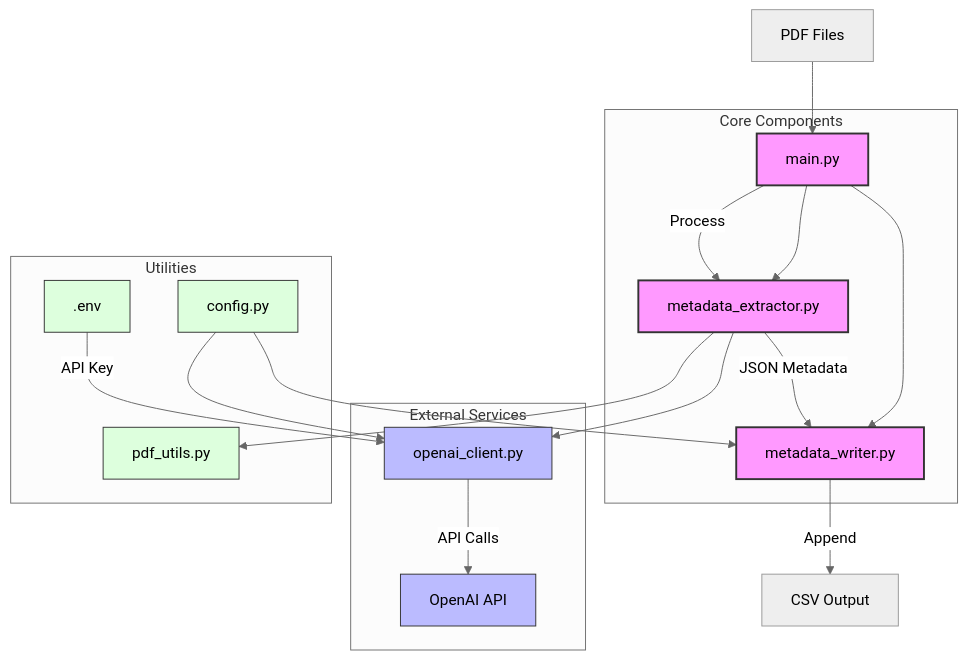
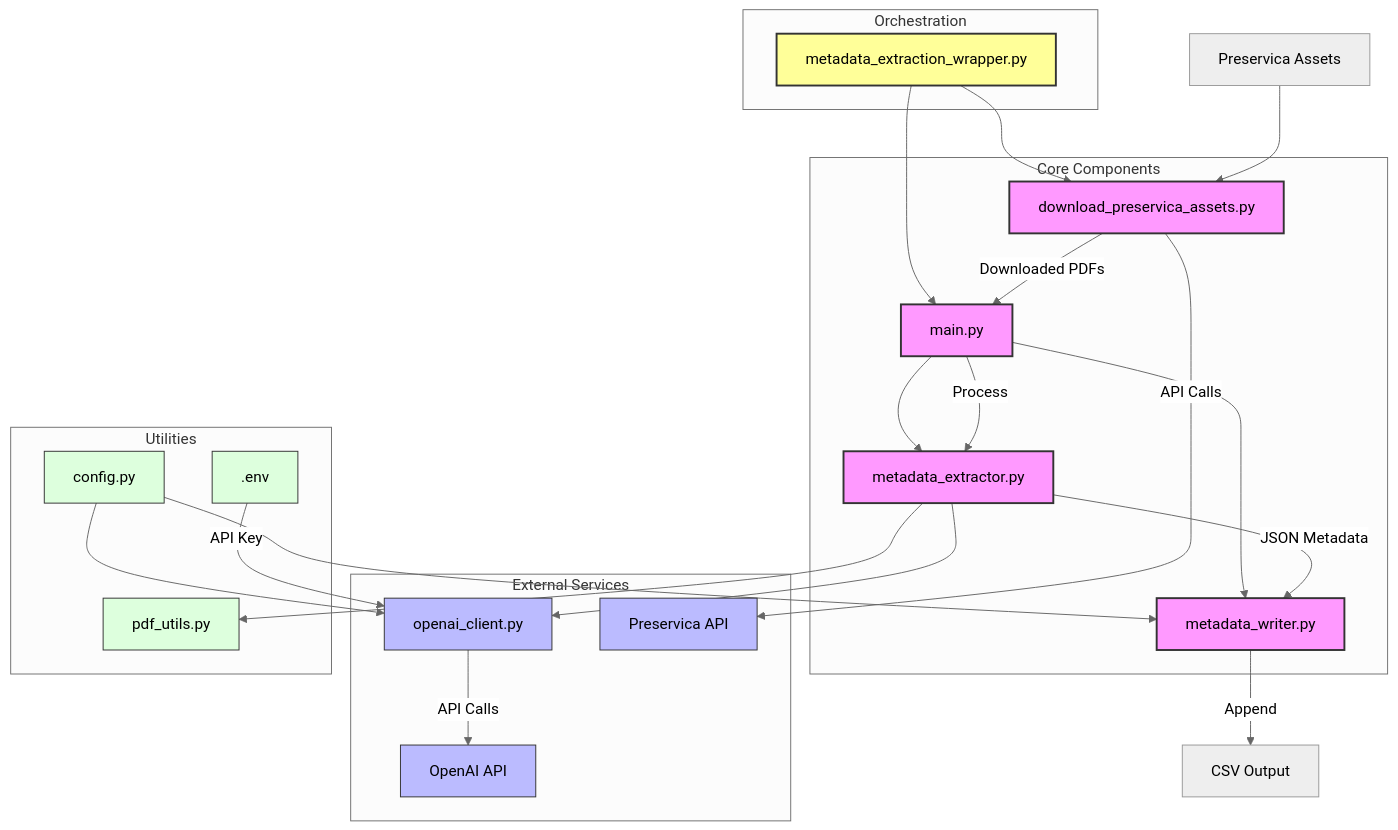
Before and after one commit to icaew-digital-archive/metadata-extraction: the diagram in README.md, drawn with Mermaid (neutral theme). The commit also changed other lines of this file, not shown here.

````diff
--- a/README.md
+++ b/README.md
@@ -7,51 +7,63 @@
 ```mermaid
 graph TD
     %% Main Components
-    Main[main.py] --> Extractor[metadata_extractor.py]
+    Wrapper[metadata_extraction_wrapper.py] --> Download[download_preservica_assets.py]
+    Wrapper --> Main[main.py]
+    Main --> Extractor[metadata_extractor.py]
     Main --> Writer[metadata_writer.py]
     
     %% Metadata Extractor Dependencies
     Extractor --> OpenAIClient[openai_client.py]
     Extractor --> PDFUtils[pdf_utils.py]
     
     %% Configuration and Environment
     Config[config.py] --> OpenAIClient
     Config --> Writer
     Env[.env] -->|API Key| OpenAIClient
     
     %% Data Flow
-    PDF[PDF Files] --> Main
+    Preservica[Preservica Assets] --> Download
+    Download -->|Downloaded PDFs| Main
     Main -->|Process| Extractor
     Extractor -->|JSON Metadata| Writer
     Writer -->|Append| CSV[CSV Output]
     
     %% External Services
     OpenAIClient -->|API Calls| OpenAI[OpenAI API]
+    Download -->|API Calls| PreservicaAPI[Preservica API]
     
     %% Component Details
+    subgraph "Orchestration"
+        Wrapper
+    end
+    
     subgraph "Core Components"
         Main
         Extractor
         Writer
+        Download
     end
     
     subgraph "External Services"
         OpenAIClient
         OpenAI
+        PreservicaAPI
     end
     
     subgraph "Utilities"
         PDFUtils
         Config
         Env
     end
     
     %% Styling
     classDef primary fill:#f9f,stroke:#333,stroke-width:2px
     classDef secondary fill:#bbf,stroke:#333,stroke-width:1px
     classDef utility fill:#dfd,stroke:#333,stroke-width:1px
+    classDef wrapper fill:#ff9,stroke:#333,stroke-width:2px
     
-    class Main,Extractor,Writer primary
-    class OpenAIClient,OpenAI secondary
+    class Wrapper wrapper
+    class Main,Extractor,Writer,Download primary
+    class OpenAIClient,OpenAI,PreservicaAPI secondary
     class PDFUtils,Config,Env utility
 ```
````
